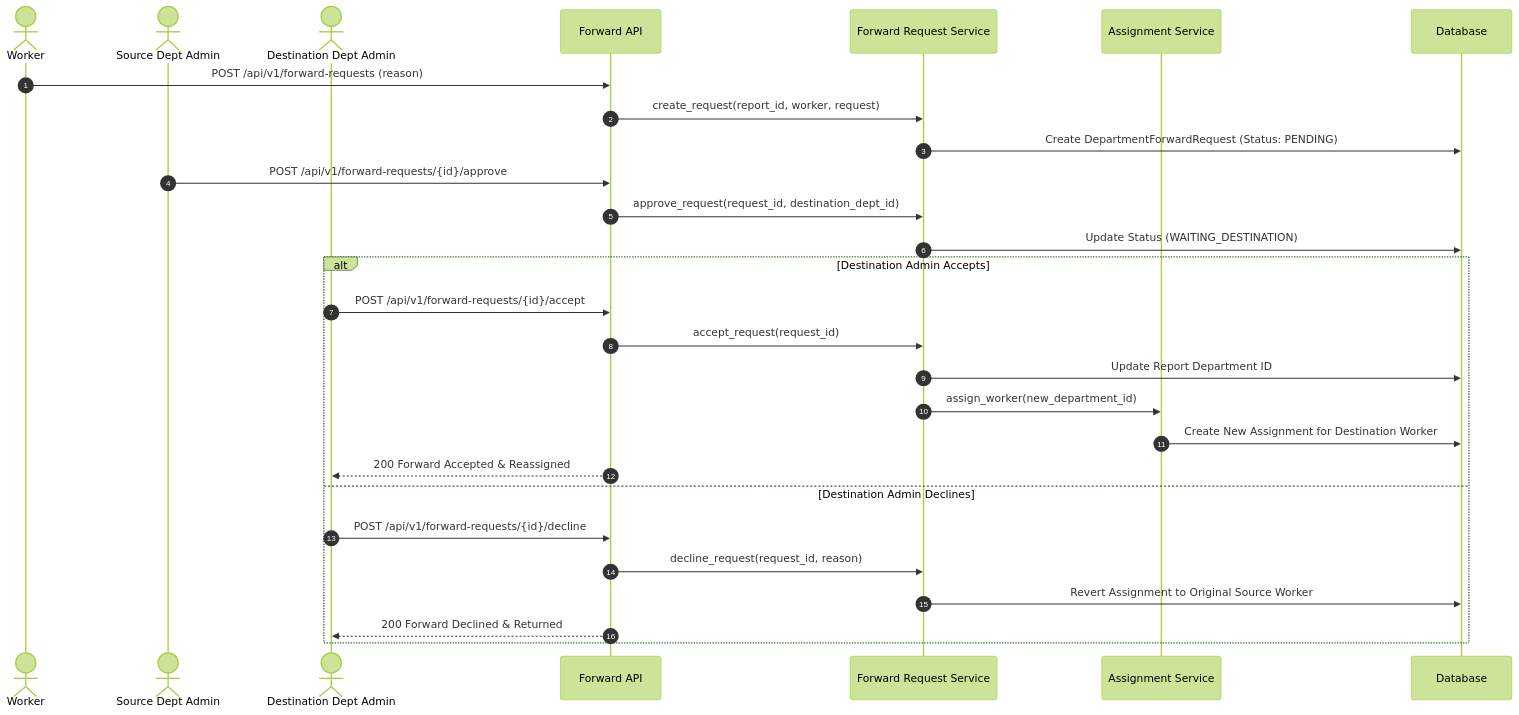
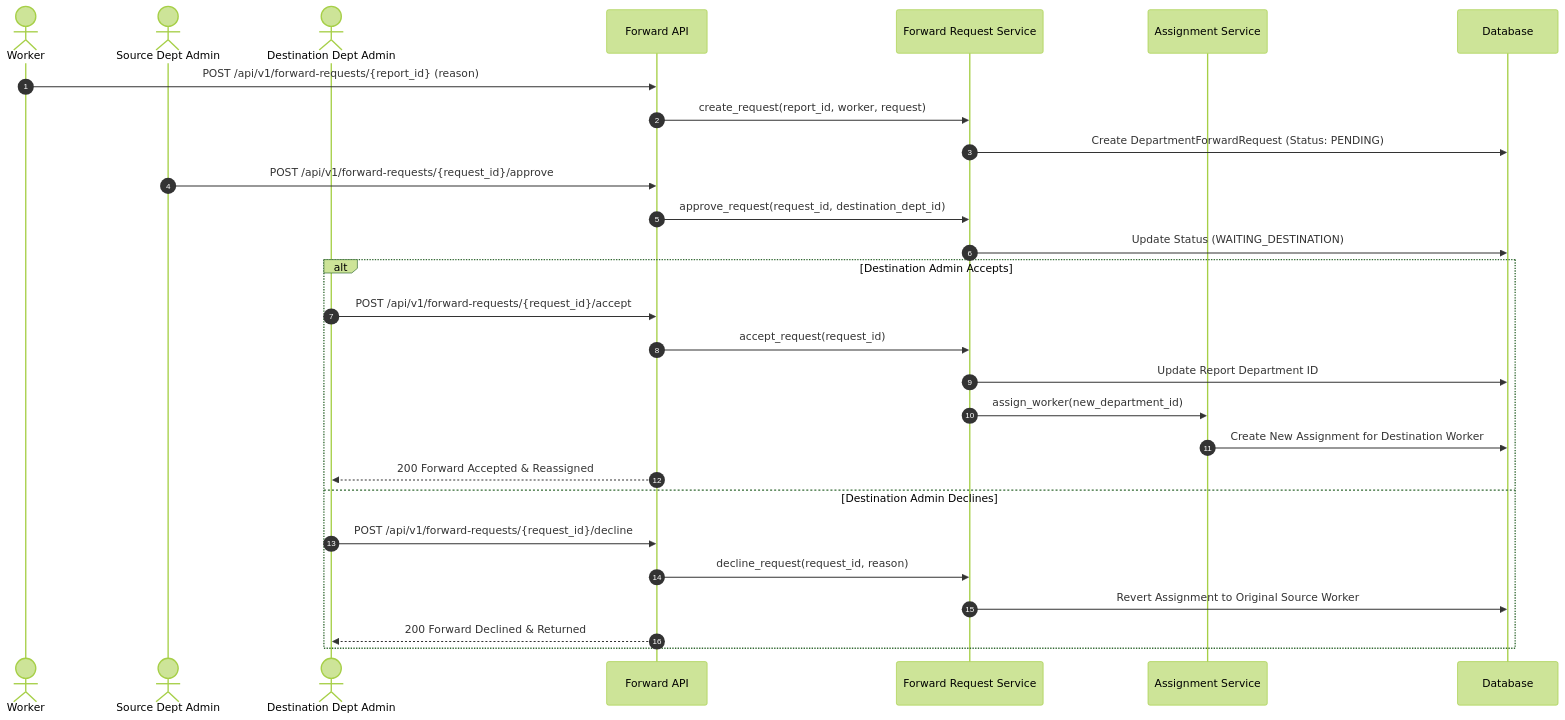
Diagram 13 of 18 in docs/ARCHITECTURE.md (AbhishekVishwakarma2027/CSCRS), drawn with Mermaid (forest theme) before and after one commit. The commit also changed other lines of this file and 35 other files, not shown here.

````diff
--- a/docs/ARCHITECTURE.md
+++ b/docs/ARCHITECTURE.md
@@ -380,33 +380,33 @@
 ```mermaid
 sequenceDiagram
     autonumber
     actor Worker
     actor SourceAdmin as Source Dept Admin
     actor DestAdmin as Destination Dept Admin
     participant FwdAPI as Forward API
     participant FwdSvc as Forward Request Service
     participant AssignSvc as Assignment Service
     participant DB as Database
 
-    Worker->>FwdAPI: POST /api/v1/forward-requests (reason)
+    Worker->>FwdAPI: POST /api/v1/forward-requests/{report_id} (reason)
     FwdAPI->>FwdSvc: create_request(report_id, worker, request)
     FwdSvc->>DB: Create DepartmentForwardRequest (Status: PENDING)
     
-    SourceAdmin->>FwdAPI: POST /api/v1/forward-requests/{id}/approve
+    SourceAdmin->>FwdAPI: POST /api/v1/forward-requests/{request_id}/approve
     FwdAPI->>FwdSvc: approve_request(request_id, destination_dept_id)
     FwdSvc->>DB: Update Status (WAITING_DESTINATION)
 
     alt Destination Admin Accepts
-        DestAdmin->>FwdAPI: POST /api/v1/forward-requests/{id}/accept
+        DestAdmin->>FwdAPI: POST /api/v1/forward-requests/{request_id}/accept
         FwdAPI->>FwdSvc: accept_request(request_id)
         FwdSvc->>DB: Update Report Department ID
         FwdSvc->>AssignSvc: assign_worker(new_department_id)
         AssignSvc->>DB: Create New Assignment for Destination Worker
         FwdAPI-->>DestAdmin: 200 Forward Accepted & Reassigned
     else Destination Admin Declines
-        DestAdmin->>FwdAPI: POST /api/v1/forward-requests/{id}/decline
+        DestAdmin->>FwdAPI: POST /api/v1/forward-requests/{request_id}/decline
         FwdAPI->>FwdSvc: decline_request(request_id, reason)
         FwdSvc->>DB: Revert Assignment to Original Source Worker
         FwdAPI-->>DestAdmin: 200 Forward Declined & Returned
     end
 ```
````
